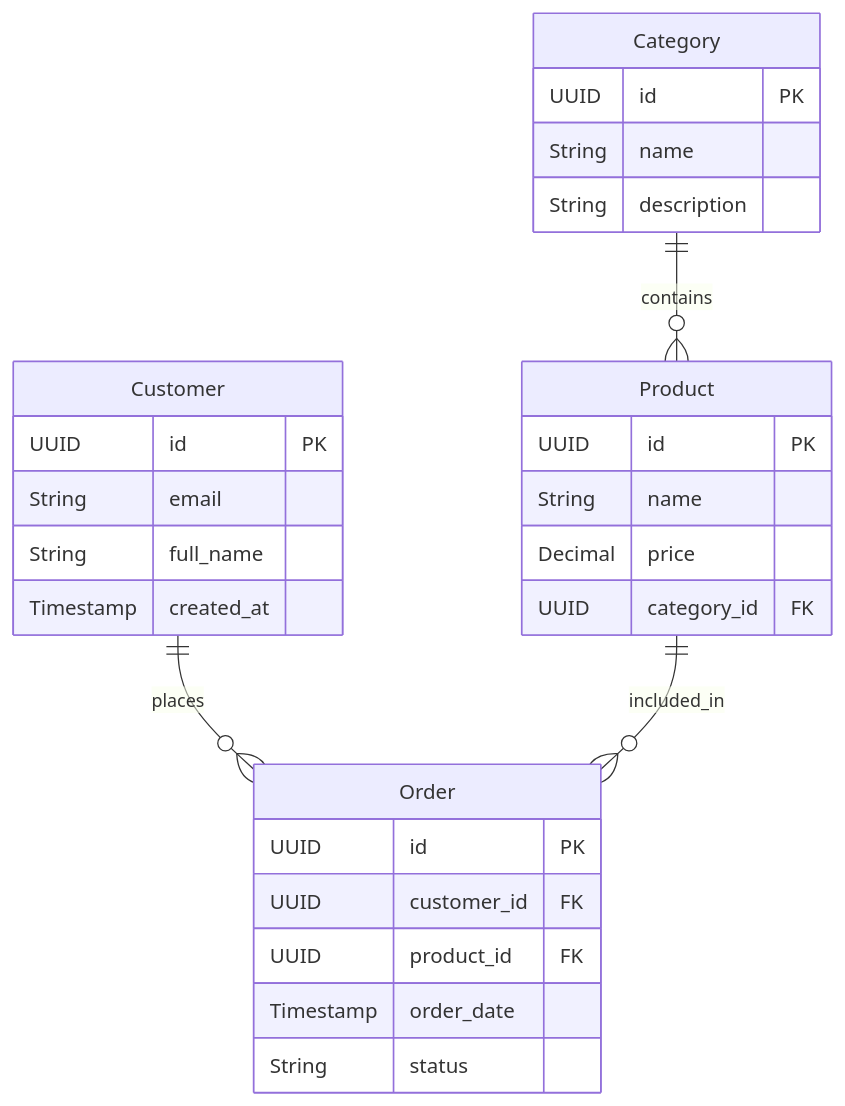
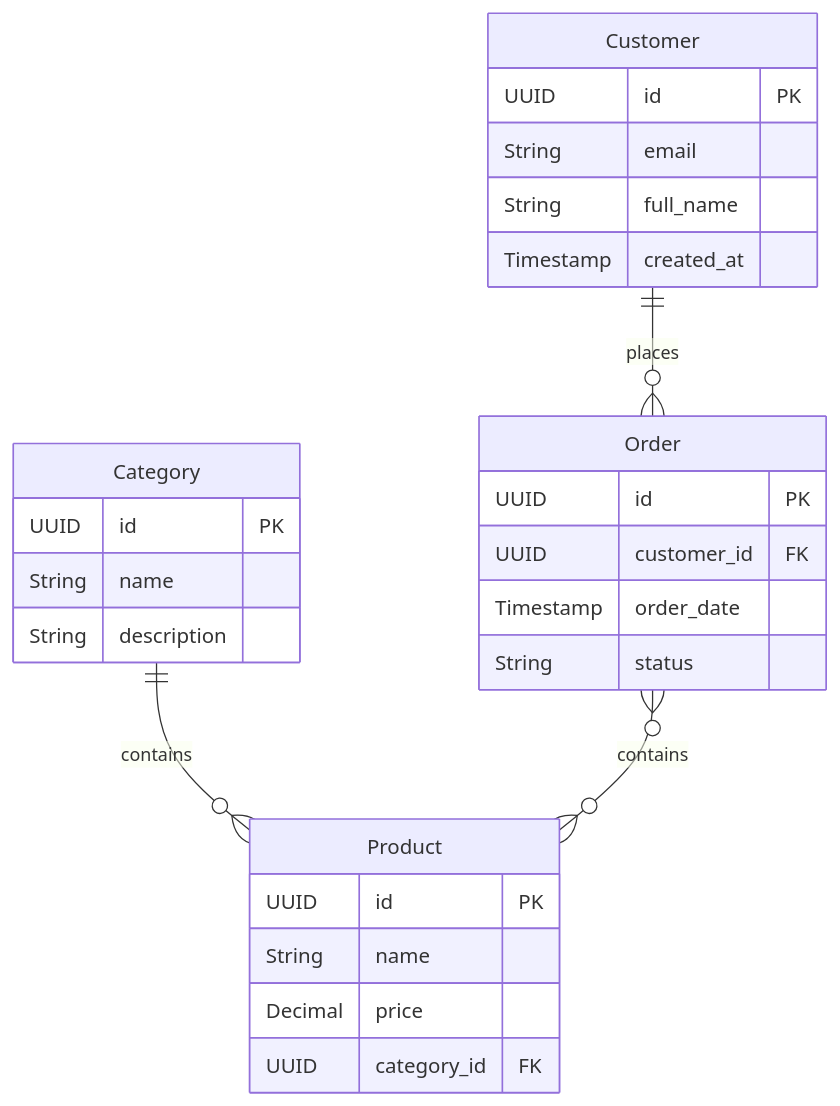
One commit to linch-bot/Mavpz-labs changed the diagram in diagram.mmd. Above: the diagram before and after it, drawn with Mermaid. The commit also changed 1 other file, not shown here.

Commit message:
update Order-Product relationship to pure many-to-many

```diff
--- a/diagram.mmd
+++ b/diagram.mmd
@@ -1,29 +1,28 @@
 erDiagram
     Customer {
         UUID id PK
         String email
         String full_name
         Timestamp created_at
     }
     Product {
         UUID id PK
         String name
         Decimal price
         UUID category_id FK
     }
     Category {
         UUID id PK
         String name
         String description
     }
     Order {
         UUID id PK
         UUID customer_id FK
-        UUID product_id FK
         Timestamp order_date
         String status
     }
 
     Customer ||--o{ Order : "places"
     Category ||--o{ Product : "contains"
-    Product ||--o{ Order : "included_in"
+    Order }o--o{ Product : "contains"
```
